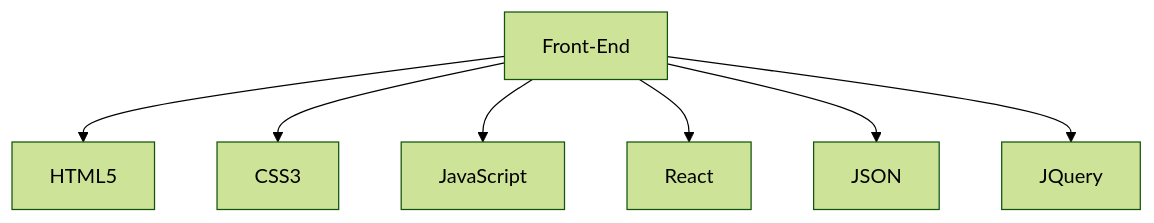
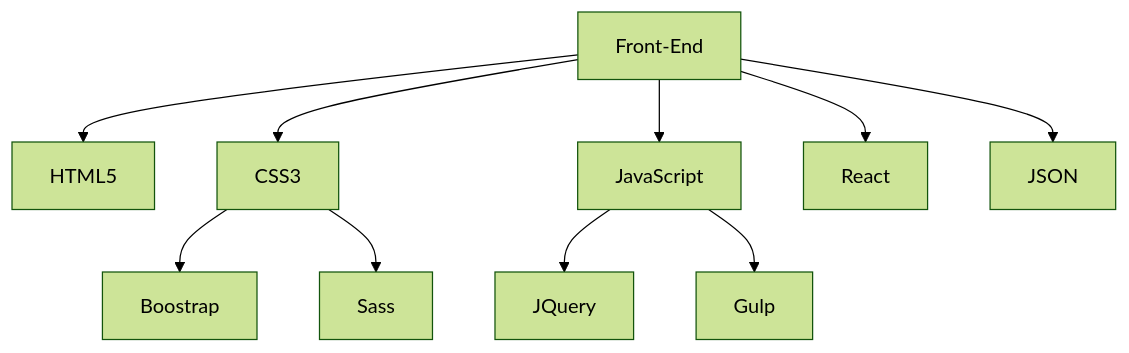
The first of 2 diagrams in README.md (Victor-0rtiz/Victor-0rtiz), drawn with Mermaid (forest theme) before and after one commit. The commit also changed other lines of this file, not shown here.

````diff
--- a/README.md
+++ b/README.md
@@ -76,10 +78,13 @@
 ```mermaid
 graph TD;
-    Front-End-->HTML5;
+  Front-End-->HTML5;
     Front-End-->CSS3;
     Front-End-->JavaScript;
     Front-End-->React;
     Front-End-->JSON;
-    Front-End-->JQuery;
-    
-  ```
+    JavaScript-->JQuery;
+    JavaScript-->Gulp;
+    CSS3-->Boostrap;
+    CSS3-->Sass;
+
+   ```
````
